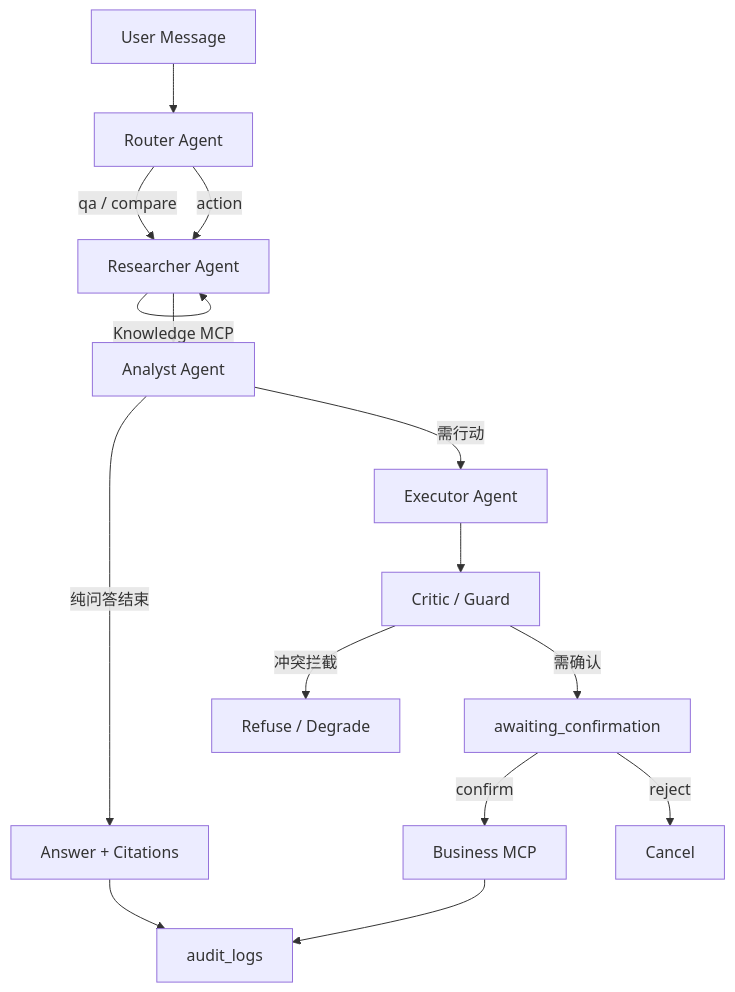
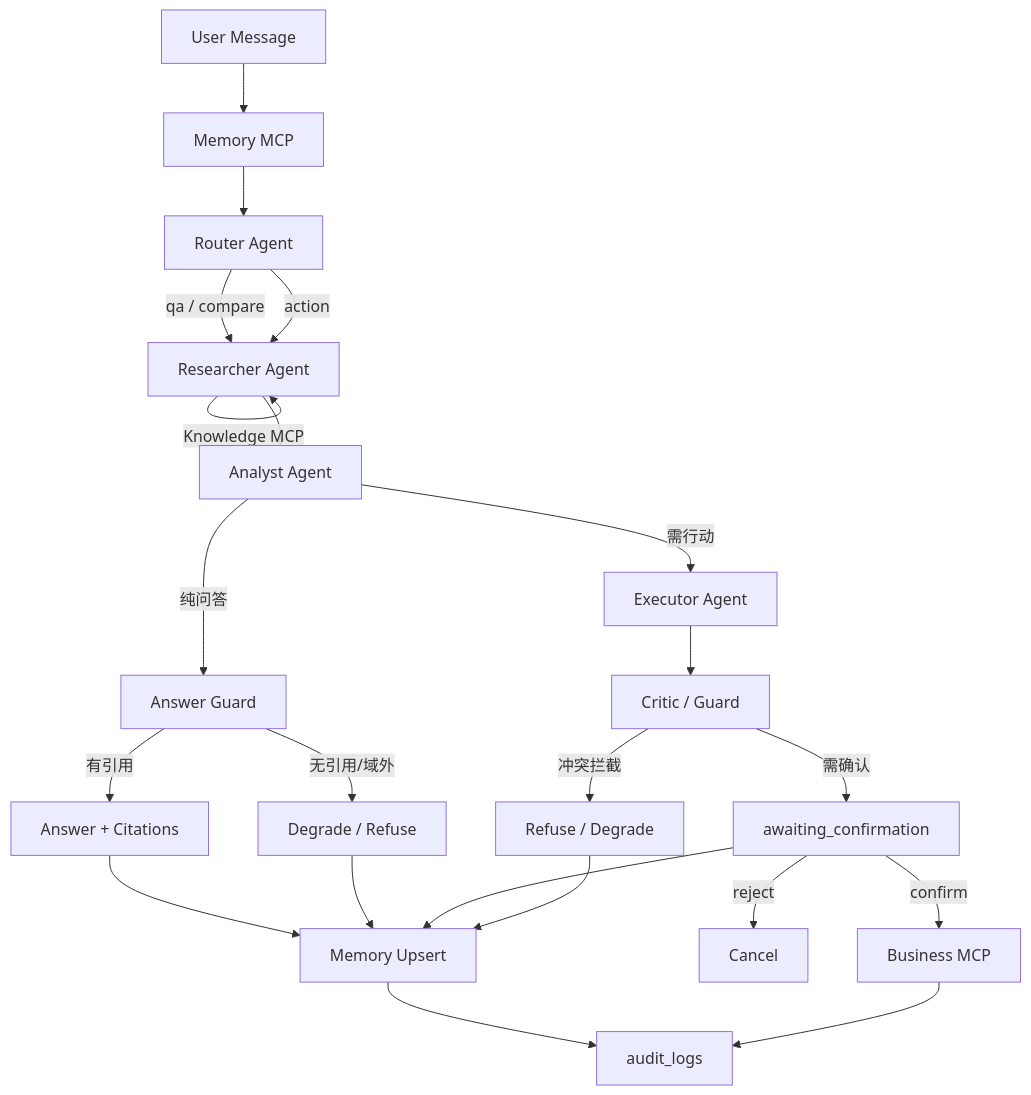
The diagram in docs/agent-graph.md (330wanlu/4-mcp-ai-agent), drawn with Mermaid before and after one commit. The commit also changed other lines of this file and 28 other files, not shown here.

First line of the commit message:
feat: 完成阶段5 Memory、Guard 增强与评测

````diff
--- a/docs/agent-graph.md
+++ b/docs/agent-graph.md
@@ -7,17 +7,24 @@
 ```mermaid
 flowchart TD
-  U[User Message] --> R[Router Agent]
+  U[User Message] --> M[Memory MCP]
+  M --> R[Router Agent]
   R -->|qa / compare| Res[Researcher Agent]
   R -->|action| Res
   Res -->|Knowledge MCP| Res
   Res --> A[Analyst Agent]
-  A -->|纯问答结束| Out[Answer + Citations]
+  A -->|纯问答| AG[Answer Guard]
+  AG -->|有引用| Out[Answer + Citations]
+  AG -->|无引用/域外| Deg[Degrade / Refuse]
   A -->|需行动| E[Executor Agent]
   E --> G[Critic / Guard]
   G -->|需确认| Wait[awaiting_confirmation]
   Wait -->|confirm| Biz[Business MCP]
   Wait -->|reject| Cancel[Cancel]
   G -->|冲突拦截| Block[Refuse / Degrade]
-  Out --> Audit[audit_logs]
+  Out --> M2[Memory Upsert]
+  Deg --> M2
+  Wait --> M2
+  Block --> M2
+  M2 --> Audit[audit_logs]
   Biz --> Audit
 ```
````
